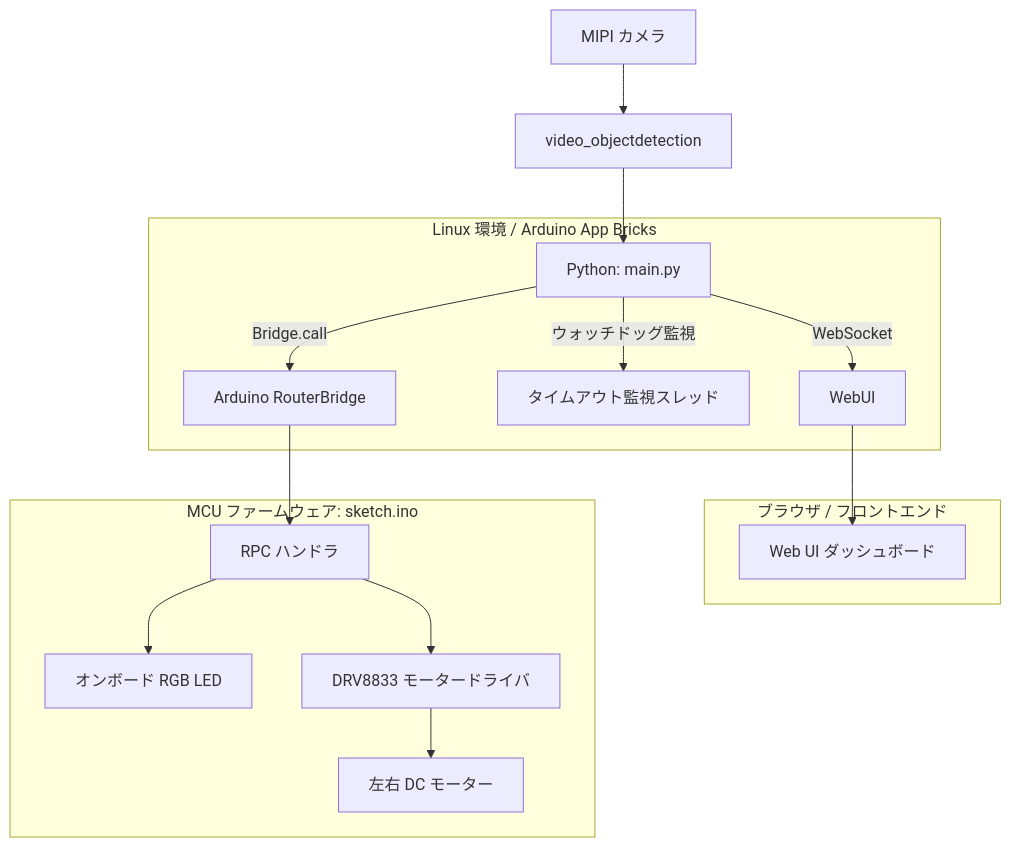
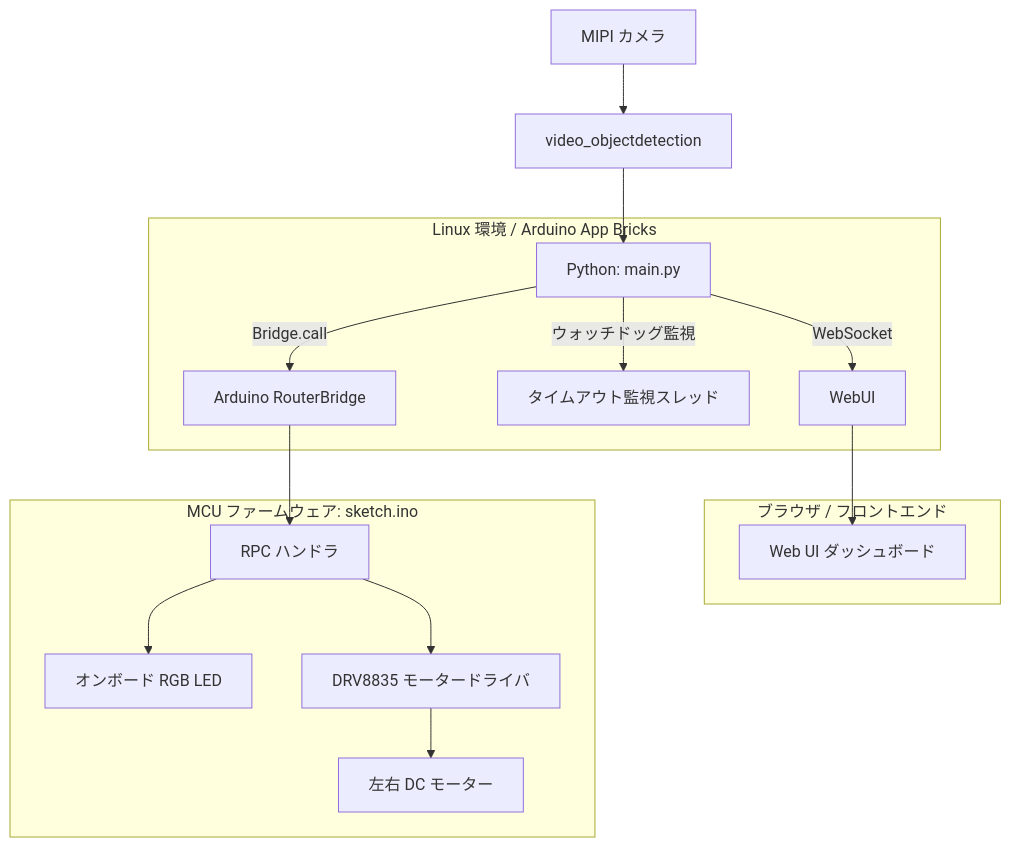
Before and after one commit to kanpapa/uno-q-robotcar: the diagram in README.md, drawn with Mermaid. The commit also changed other lines of this file, not shown here.

````diff
--- a/README.md
+++ b/README.md
@@ -19,22 +19,22 @@
 ```mermaid
 flowchart TD
     Camera[MIPI カメラ] --> VOD[video_objectdetection]
     VOD --> Python[Python: main.py]
 
     subgraph Host [Linux 環境 / Arduino App Bricks]
         Python -->|WebSocket| WebUI[WebUI]
         Python -->|ウォッチドッグ監視| Timer[タイムアウト監視スレッド]
         Python -->|Bridge.call| Bridge[Arduino RouterBridge]
     end
 
     subgraph UserInterface [ブラウザ / フロントエンド]
         WebUI --> Browser[Web UI ダッシュボード]
     end
 
     subgraph MCUCore [MCU ファームウェア: sketch.ino]
         Bridge --> MCU[RPC ハンドラ]
         MCU --> LED[オンボード RGB LED]
-        MCU --> DRV[DRV8833 モータードライバ]
+        MCU --> DRV[DRV8835 モータードライバ]
         DRV --> Motors[左右 DC モーター]
     end
 ```
````
